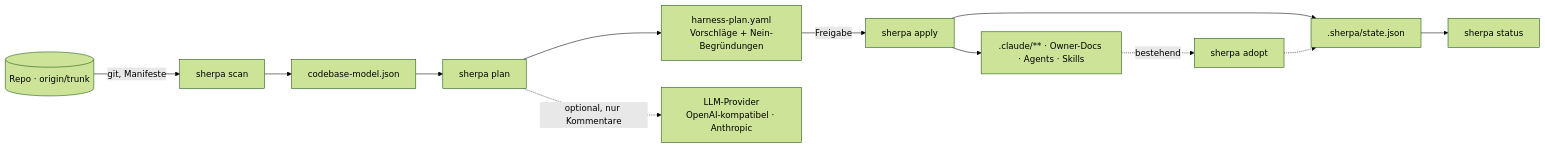
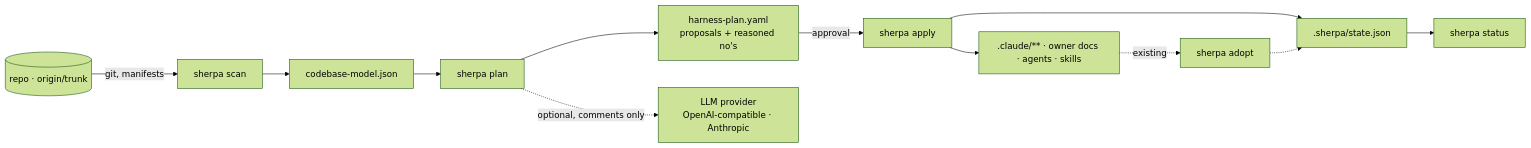
Before and after one commit to sherparc/Sherpa: the diagram in README.md, drawn with Mermaid (forest theme). The commit also changed other lines of this file and 56 other files, not shown here.

````diff
--- a/README.md
+++ b/README.md
@@ -112,13 +136,13 @@
 ```mermaid
 flowchart LR
-    R[(Repo · origin/trunk)] -->|git, Manifeste| S[sherpa scan]
+    R[(repo · origin/trunk)] -->|git, manifests| S[sherpa scan]
     S --> M[codebase-model.json]
     M --> P[sherpa plan]
-    P --> Y[harness-plan.yaml<br/>Vorschläge + Nein-Begründungen]
-    Y -->|Freigabe| A[sherpa apply]
-    A --> H[.claude/** · Owner-Docs · Agents · Skills]
+    P --> Y[harness-plan.yaml<br/>proposals + reasoned no's]
+    Y -->|approval| A[sherpa apply]
+    A --> H[.claude/** · owner docs · agents · skills]
     A --> ST[.sherpa/state.json]
     ST --> Q[sherpa status]
-    H -.->|bestehend| AD[sherpa adopt] -.-> ST
-    P -. optional, nur Kommentare .-> L[LLM-Provider<br/>OpenAI-kompatibel · Anthropic]
+    H -.->|existing| AD[sherpa adopt] -.-> ST
+    P -. optional, comments only .-> L[LLM provider<br/>OpenAI-compatible · Anthropic]
 ```
````
